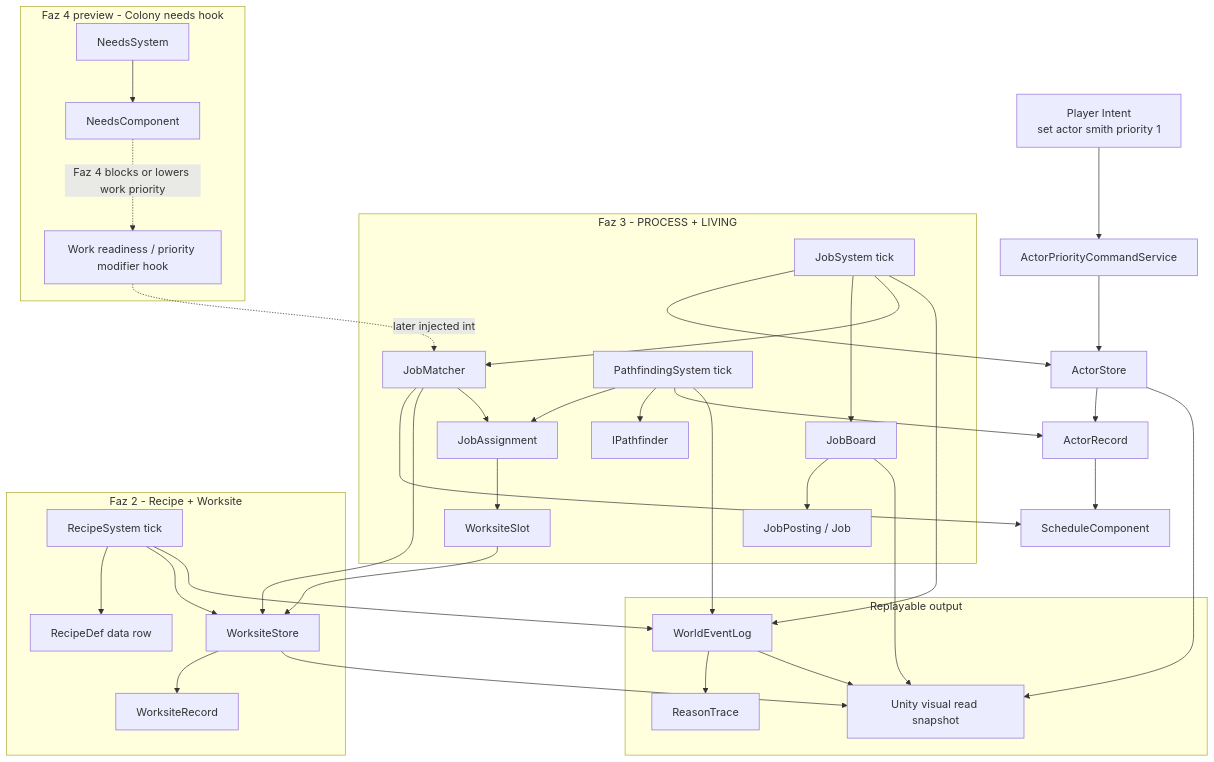
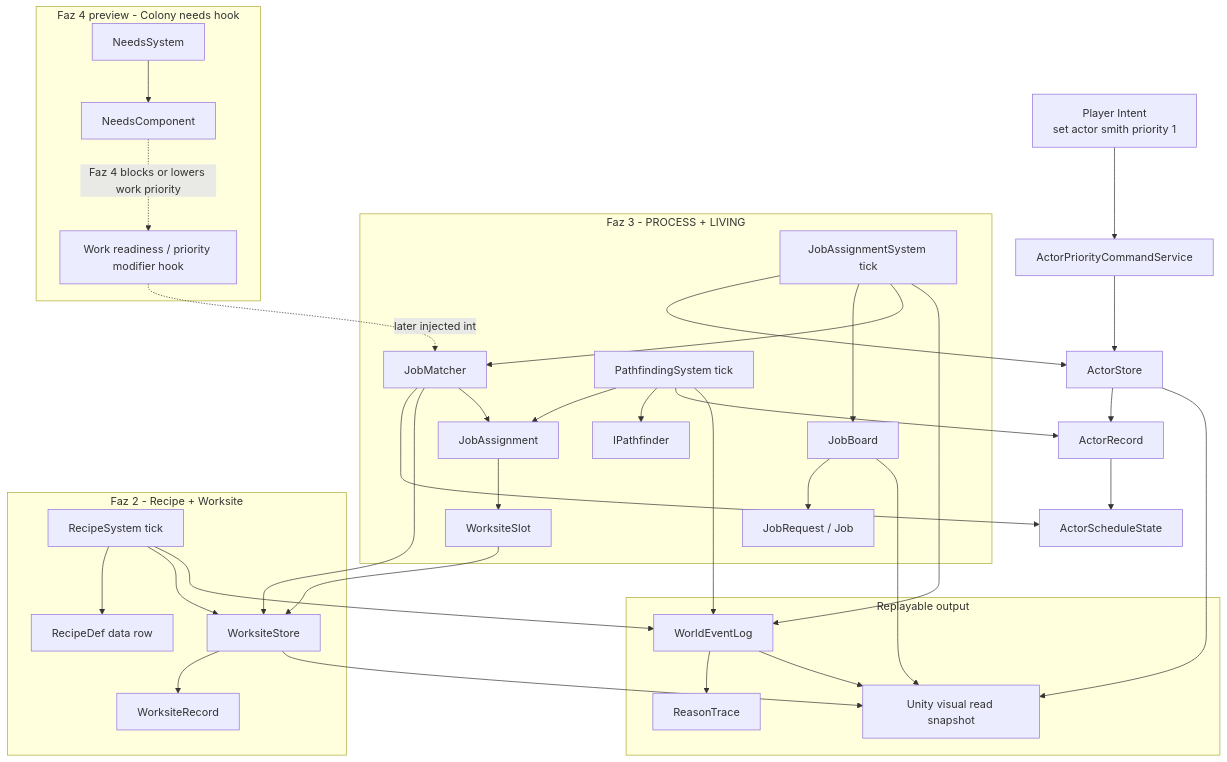
The first of 3 diagrams in docs/mechanics/faz-11-unity-visual-layer.md (msbel5/alcyone-ember-rpg), drawn with Mermaid before and after one commit. The commit also changed other lines of this file and 10 other files, not shown here.

````diff
--- a/docs/mechanics/faz-11-unity-visual-layer.md
+++ b/docs/mechanics/faz-11-unity-visual-layer.md
@@ -3,73 +7,73 @@
 ```mermaid
 graph TB
     PI[Player Intent<br/>set actor smith priority 1]
     PCS[ActorPriorityCommandService]
     AS[ActorStore]
     AR[ActorRecord]
-    SC[ScheduleComponent]
+    SC[ActorScheduleState]
 
     subgraph F3[Faz 3 - PROCESS + LIVING]
         JB[JobBoard]
-        JP[JobPosting / Job]
+        JP[JobRequest / Job]
         JM[JobMatcher]
-        JS[JobSystem tick]
+        JS[JobAssignmentSystem tick]
         JA[JobAssignment]
         PF[IPathfinder]
         PFS[PathfindingSystem tick]
         WSLOT[WorksiteSlot]
     end
 
     subgraph F2[Faz 2 - Recipe + Worksite]
         WSS[WorksiteStore]
         WR[WorksiteRecord]
         RS[RecipeSystem tick]
         RDEF[RecipeDef data row]
     end
 
     subgraph F4[Faz 4 preview - Colony needs hook]
         NC[NeedsComponent]
         NS[NeedsSystem]
         WM[Work readiness / priority modifier hook]
     end
 
     subgraph LOG[Replayable output]
         WEL[WorldEventLog]
         RT[ReasonTrace]
         VSNAP[Unity visual read snapshot]
     end
 
     PI --> PCS
     PCS --> AS
     AS --> AR
     AR --> SC
 
     JB --> JP
     JS --> AS
     JS --> JB
     JS --> JM
     JM --> SC
     JM --> WSS
     JM --> JA
     JA --> WSLOT
 
     WSLOT --> WSS
     WSS --> WR
     PFS --> JA
     PFS --> PF
     PFS --> AR
 
     RS --> RDEF
     RS --> WSS
     RS --> WEL
     JS --> WEL
     PFS --> WEL
     WEL --> RT
     WEL --> VSNAP
     AS --> VSNAP
     JB --> VSNAP
     WSS --> VSNAP
 
     NS --> NC
     NC -.Faz 4 blocks or lowers work priority.-> WM
     WM -.later injected into.-> JM
 ```
````
